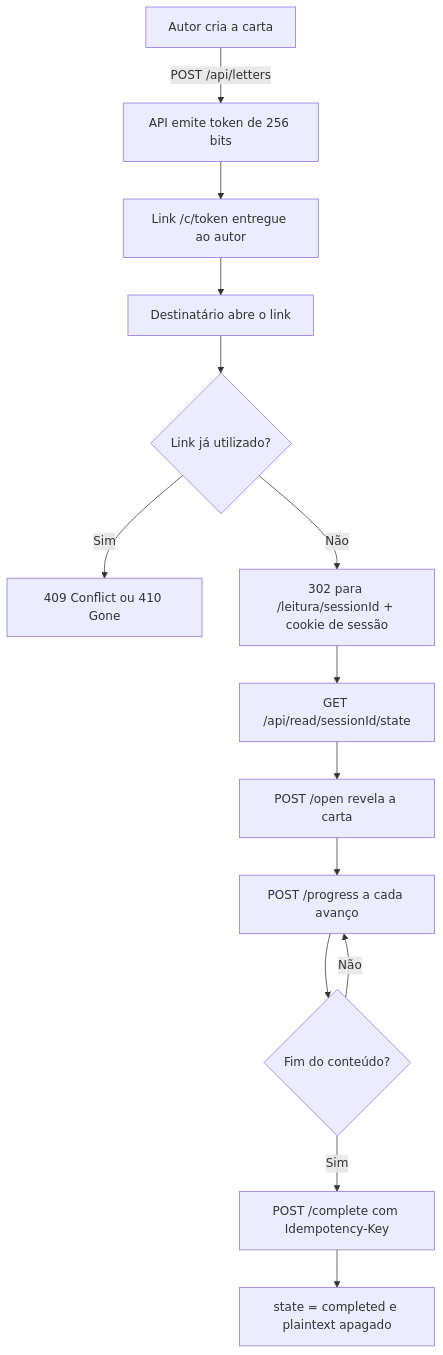
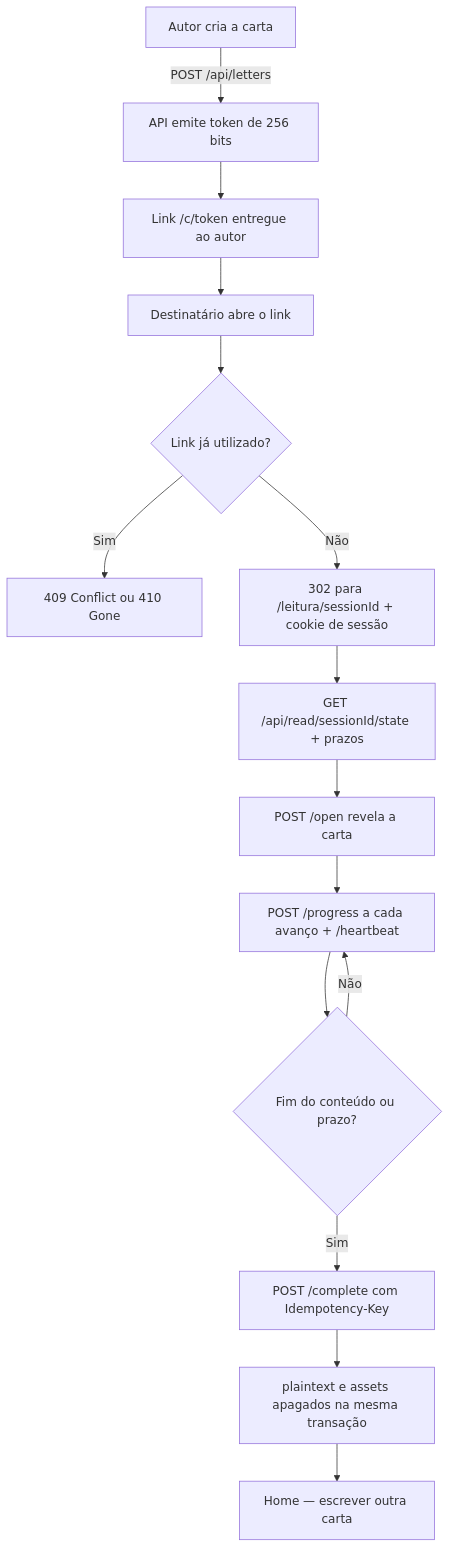
The diagram in README.md (nataliaperrialuno-hue/entrelinhas), drawn with Mermaid before and after one commit. The commit also changed other lines of this file and 9 other files, not shown here.

Commit message:
docs: contratos de assets/prazos, ADR 0004 e cobertura E2E

````diff
--- a/README.md
+++ b/README.md
@@ -46,16 +49,17 @@
 ```mermaid
 flowchart TD
     A["Autor cria a carta"] -->|"POST /api/letters"| B["API emite token de 256 bits"]
     B --> C["Link /c/token entregue ao autor"]
     C --> D["Destinatário abre o link"]
     D --> E{"Link já utilizado?"}
     E -->|"Sim"| F["409 Conflict ou 410 Gone"]
     E -->|"Não"| G["302 para /leitura/sessionId + cookie de sessão"]
-    G --> H["GET /api/read/sessionId/state"]
+    G --> H["GET /api/read/sessionId/state + prazos"]
     H --> I["POST /open revela a carta"]
-    I --> J["POST /progress a cada avanço"]
-    J --> K{"Fim do conteúdo?"}
+    I --> J["POST /progress a cada avanço + /heartbeat"]
+    J --> K{"Fim do conteúdo ou prazo?"}
     K -->|"Não"| J
     K -->|"Sim"| L["POST /complete com Idempotency-Key"]
-    L --> M["state = completed e plaintext apagado"]
+    L --> M["plaintext e assets apagados na mesma transação"]
+    M --> N["Home — escrever outra carta"]
 ```
````
